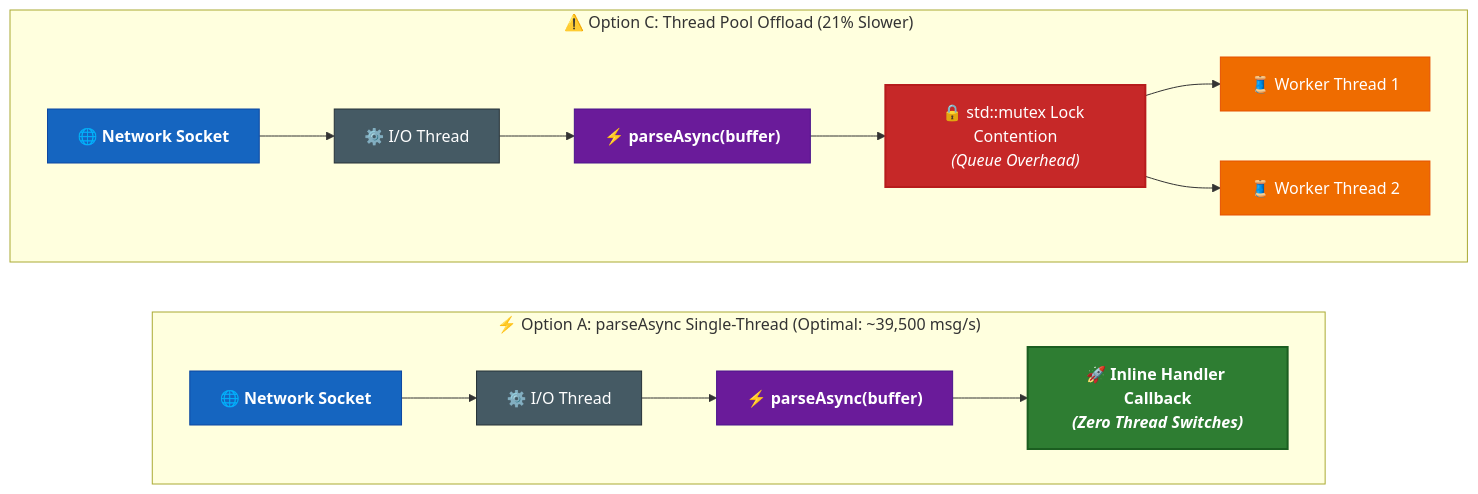
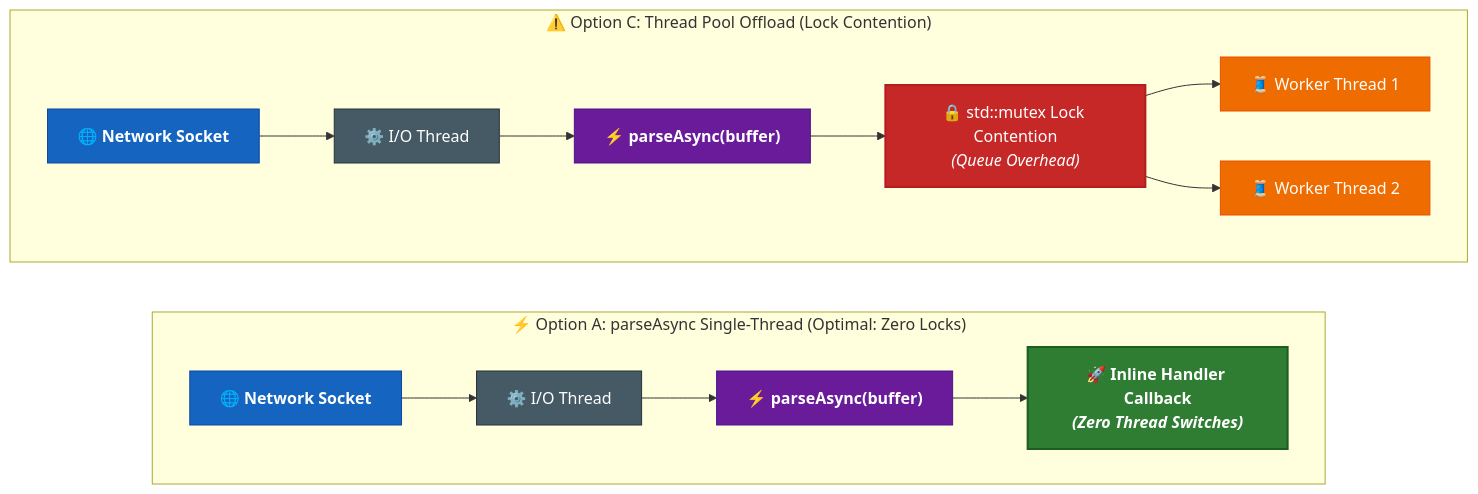
The diagram in docs/features/benchmarks.md (SiddiqSoft/sip2json), drawn with Mermaid before and after one commit. The commit also changed other lines of this file and 1 other file, not shown here.

````diff
--- a/docs/features/benchmarks.md
+++ b/docs/features/benchmarks.md
@@ -42,25 +35,25 @@
 ```mermaid
 flowchart LR
-    subgraph OptionA ["⚡ Option A: parseAsync Single-Thread (Optimal: ~39,500 msg/s)"]
+    subgraph OptionA ["⚡ Option A: parseAsync Single-Thread (Optimal: Zero Locks)"]
         direction LR
         SockA["🌐 Network Socket"]:::sockClass --> IOA["⚙️ I/O Thread"]:::ioClass
         IOA --> PA["⚡ parseAsync(buffer)"]:::parseClass
         PA --> CBA["🚀 Inline Handler Callback<br/><i>(Zero Thread Switches)</i>"]:::optClass
     end
     
-    subgraph OptionC ["⚠️ Option C: Thread Pool Offload (21% Slower)"]
+    subgraph OptionC ["⚠️ Option C: Thread Pool Offload (Lock Contention)"]
         direction LR
         SockC["🌐 Network Socket"]:::sockClass --> IOC["⚙️ I/O Thread"]:::ioClass
         IOC --> PC["⚡ parseAsync(buffer)"]:::parseClass
         PC --> Mtx["🔒 std::mutex Lock Contention<br/><i>(Queue Overhead)</i>"]:::warnClass
         Mtx --> W1["🧵 Worker Thread 1"]:::threadClass
         Mtx --> W2["🧵 Worker Thread 2"]:::threadClass
     end
 
     classDef sockClass fill:#1565C0,stroke:#0D47A1,color:#FFFFFF,font-weight:bold;
     classDef ioClass fill:#455A64,stroke:#263238,color:#FFFFFF;
     classDef parseClass fill:#6A1B9A,stroke:#4A148C,color:#FFFFFF,font-weight:bold;
     classDef optClass fill:#2E7D32,stroke:#1B5E20,stroke-width:2px,color:#FFFFFF,font-weight:bold;
     classDef warnClass fill:#C62828,stroke:#B71C1C,stroke-width:2px,color:#FFFFFF;
     classDef threadClass fill:#EF6C00,stroke:#E65100,color:#FFFFFF;
 ```
````
